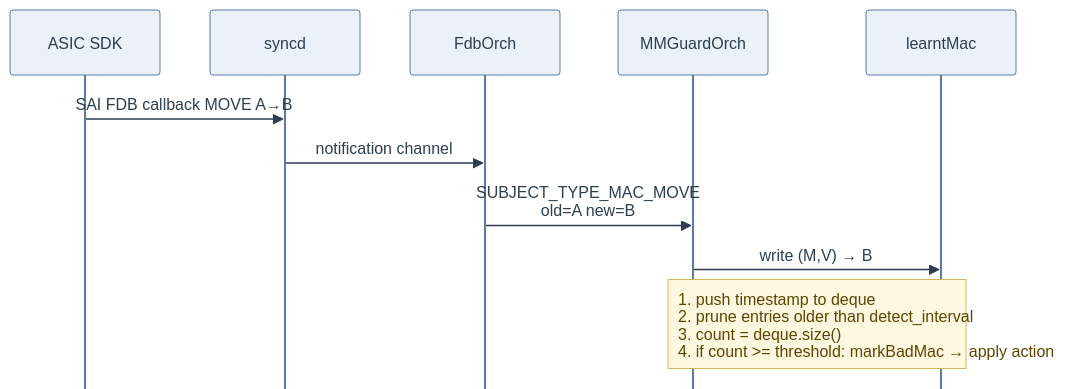
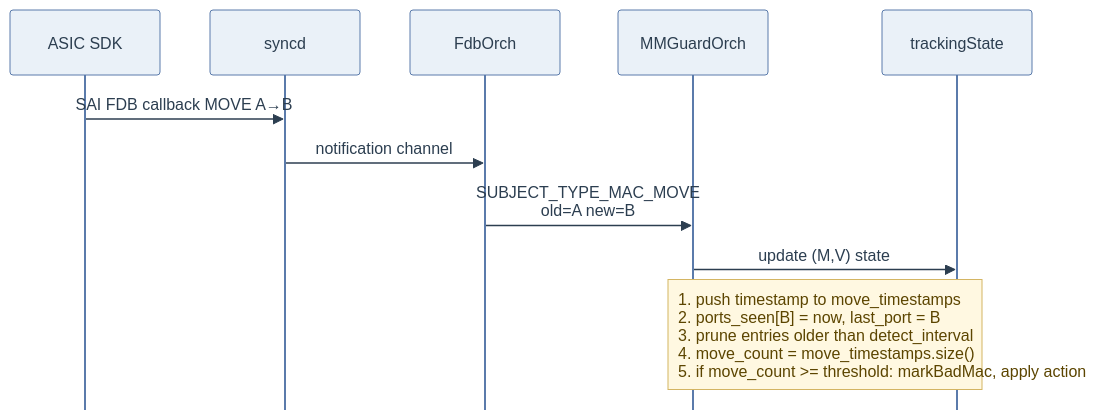
The second of 7 diagrams in doc/mac_move_guard/MAC_MOVE_GUARD_HLD.md (sonic-net/SONiC), drawn with Mermaid before and after one commit. The commit also changed other lines of this file, not shown here.

````diff
--- a/doc/mac_move_guard/MAC_MOVE_GUARD_HLD.md
+++ b/doc/mac_move_guard/MAC_MOVE_GUARD_HLD.md
@@ -168,15 +168,15 @@
 ```mermaid
 %%{init: {'theme':'base','themeVariables':{'primaryColor':'#EAF1F8','primaryBorderColor':'#5B7BAB','primaryTextColor':'#2C3E50','lineColor':'#7A8B9F','secondaryColor':'#F4F0E8','tertiaryColor':'#F9FAFC','noteBkgColor':'#FFF8E1','noteTextColor':'#5C4500','noteBorderColor':'#D4B563','actorBkg':'#EAF1F8','actorBorder':'#5B7BAB','actorTextColor':'#2C3E50','fontSize':'9px'},'sequence':{'useMaxWidth':false,'actorFontSize':9,'noteFontSize':9,'messageFontSize':9,'mirrorActors':false,'noteAlign':'left','wrap':true},'themeCSS':'.noteText, .noteText tspan, .note text, .note tspan { font-size: 9px !important; }'}}%%
 sequenceDiagram
     participant ASIC as ASIC SDK
     participant SYN as syncd
     participant FDB as FdbOrch
     participant MMG as MMGuardOrch
-    participant C as learntMac
+    participant TS as trackingState
 
     ASIC->>SYN: SAI FDB callback MOVE A→B
     SYN->>FDB: notification channel
     FDB->>MMG: SUBJECT_TYPE_MAC_MOVE old=A new=B
-    MMG->>C: write (M,V) → B
-    Note over MMG,C: 1. push timestamp to deque<br/>2. prune entries older than detect_interval<br/>3. count = deque.size()<br/>4. if count >= threshold: markBadMac → apply action
+    MMG->>TS: update (M,V) state
+    Note over MMG,TS: 1. push timestamp to move_timestamps<br/>2. ports_seen[B] = now, last_port = B<br/>3. prune entries older than detect_interval<br/>4. move_count = move_timestamps.size()<br/>5. if move_count >= threshold: markBadMac, apply action
 ```
````
